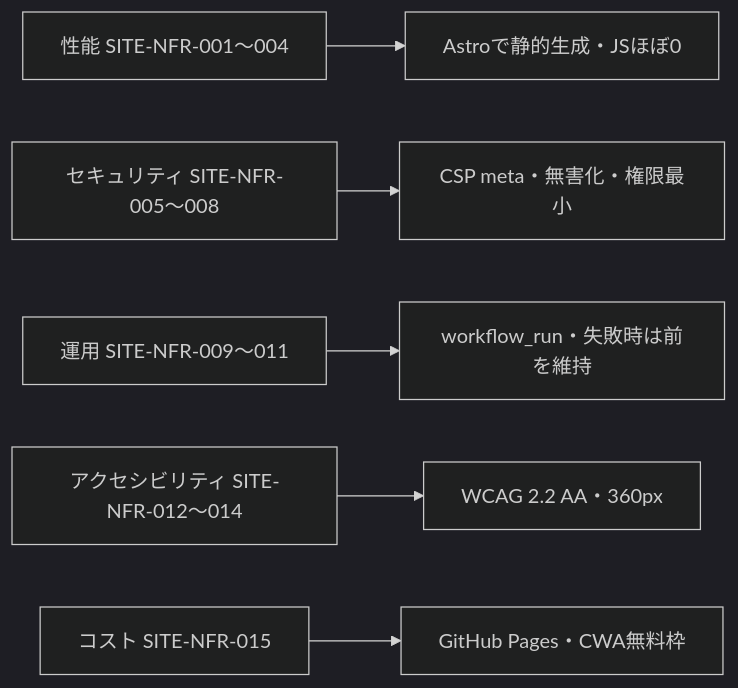
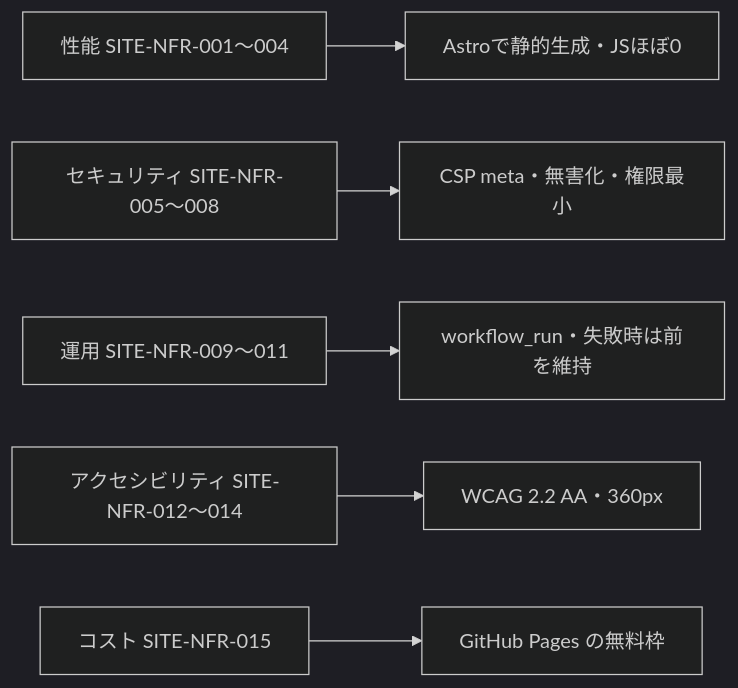
The diagram in docs/design/05_non_functional.md (itiwoja/DC-Designer), drawn with Mermaid (dark theme) before and after one commit. The commit also changed other lines of this file and 14 other files, not shown here.

````diff
--- a/docs/design/05_non_functional.md
+++ b/docs/design/05_non_functional.md
@@ -13,8 +13,8 @@
 ```mermaid
 flowchart LR
   NFR1[性能 SITE-NFR-001〜004] --> A[Astroで静的生成・JSほぼ0]
   NFR5[セキュリティ SITE-NFR-005〜008] --> B[CSP meta・無害化・権限最小]
   NFR9[運用 SITE-NFR-009〜011] --> C[workflow_run・失敗時は前を維持]
   NFR12[アクセシビリティ SITE-NFR-012〜014] --> D[WCAG 2.2 AA・360px]
-  NFR15[コスト SITE-NFR-015] --> E[GitHub Pages・CWA無料枠]
+  NFR15[コスト SITE-NFR-015] --> E[GitHub Pages の無料枠]
 ```
````
